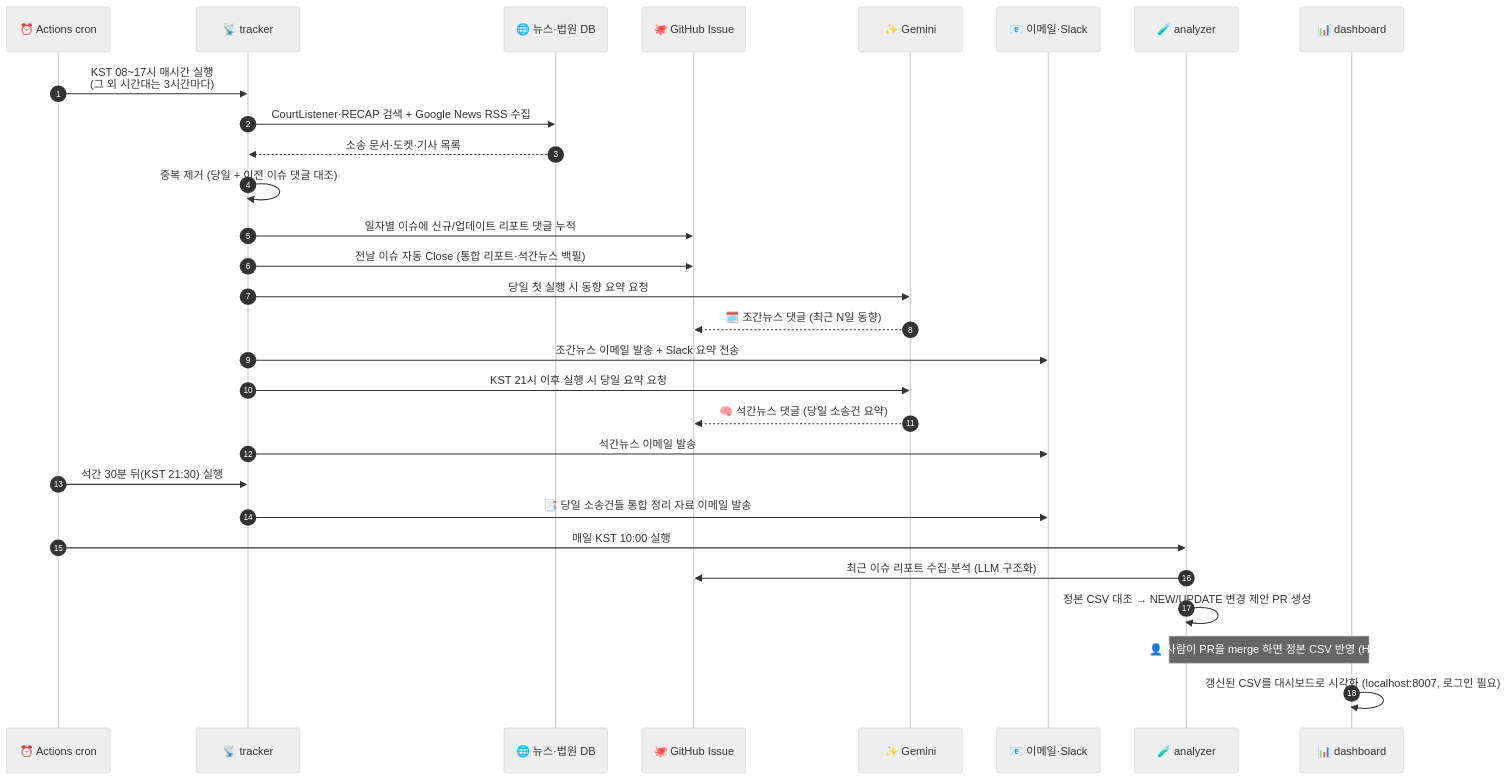
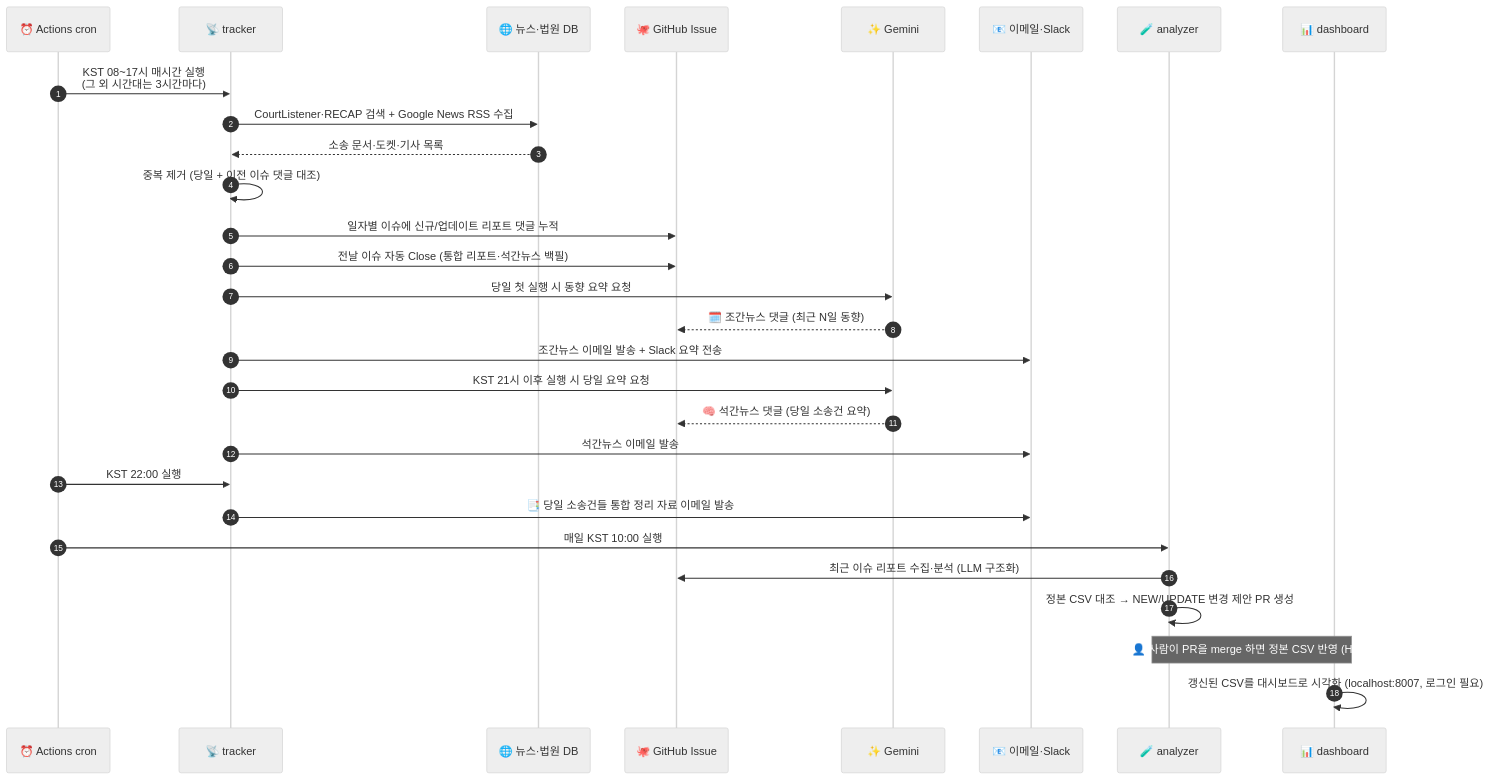
One commit to aigovsensing/ai-suit-sensing changed the third of 3 diagrams in README.md. Above: the diagram before and after it, drawn with Mermaid (neutral theme). The commit also changed other lines of this file and 4 other files, not shown here.

````diff
--- a/README.md
+++ b/README.md
@@ -198,32 +198,32 @@
 ```mermaid
 sequenceDiagram
     autonumber
     participant CRON as ⏰ Actions cron
     participant T as 📡 tracker
     participant SRC as 🌐 뉴스·법원 DB
     participant GI as 🐙 GitHub Issue
     participant GM as ✨ Gemini
     participant N as 📧 이메일·Slack
     participant A as 🧪 analyzer
     participant D as 📊 dashboard
 
     CRON->>T: KST 08~17시 매시간 실행<br/>(그 외 시간대는 3시간마다)
     T->>SRC: CourtListener·RECAP 검색 + Google News RSS 수집
     SRC-->>T: 소송 문서·도켓·기사 목록
     T->>T: 중복 제거 (당일 + 이전 이슈 댓글 대조)
     T->>GI: 일자별 이슈에 신규/업데이트 리포트 댓글 누적
     T->>GI: 전날 이슈 자동 Close (통합 리포트·석간뉴스 백필)
     T->>GM: 당일 첫 실행 시 동향 요약 요청
     GM-->>GI: 🗓️ 조간뉴스 댓글 (최근 N일 동향)
     T->>N: 조간뉴스 이메일 발송 + Slack 요약 전송
     T->>GM: KST 21시 이후 실행 시 당일 요약 요청
     GM-->>GI: 🧠 석간뉴스 댓글 (당일 소송건 요약)
     T->>N: 석간뉴스 이메일 발송
-    CRON->>T: 석간 30분 뒤(KST 21:30) 실행
+    CRON->>T: KST 22:00 실행
     T->>N: 📑 당일 소송건들 통합 정리 자료 이메일 발송
     CRON->>A: 매일 KST 10:00 실행
     A->>GI: 최근 이슈 리포트 수집·분석 (LLM 구조화)
     A->>A: 정본 CSV 대조 → NEW/UPDATE 변경 제안 PR 생성
     Note over A,D: 👤 사람이 PR을 merge 하면 정본 CSV 반영 (HITL)
     D->>D: 갱신된 CSV를 대시보드로 시각화 (localhost:8007, 로그인 필요)
 ```
````
